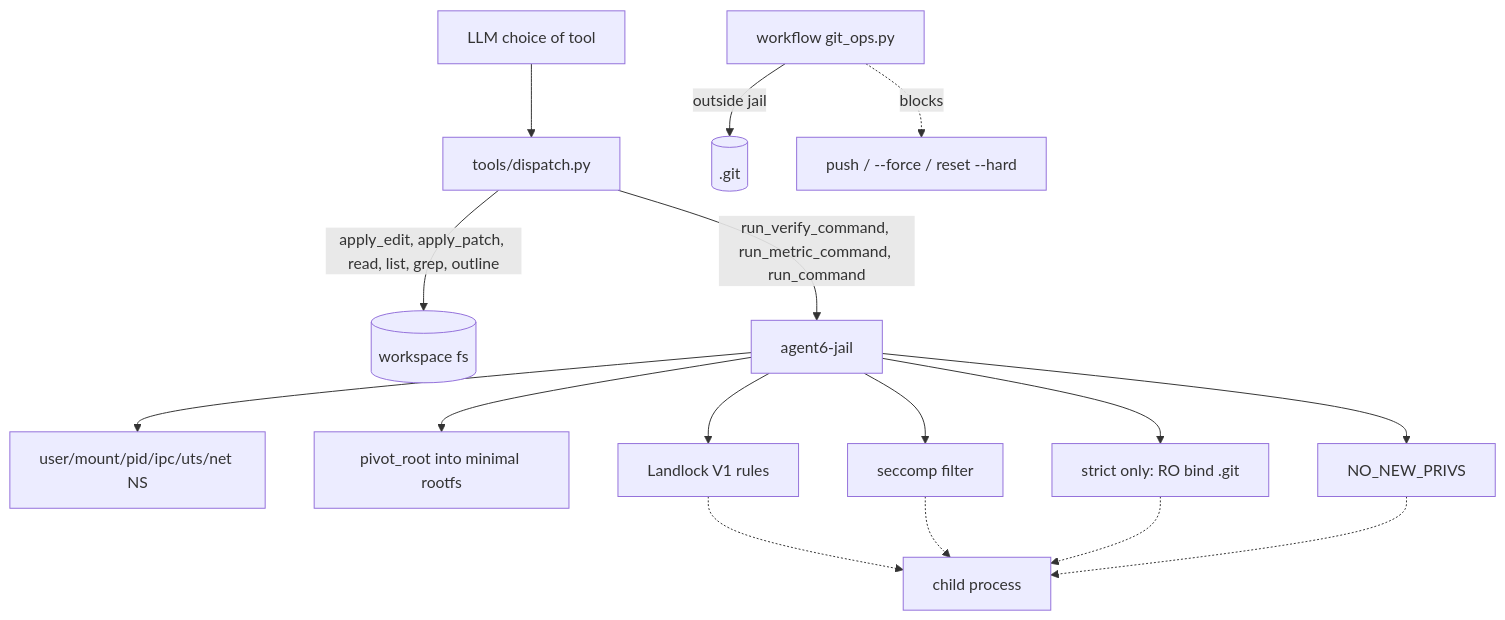
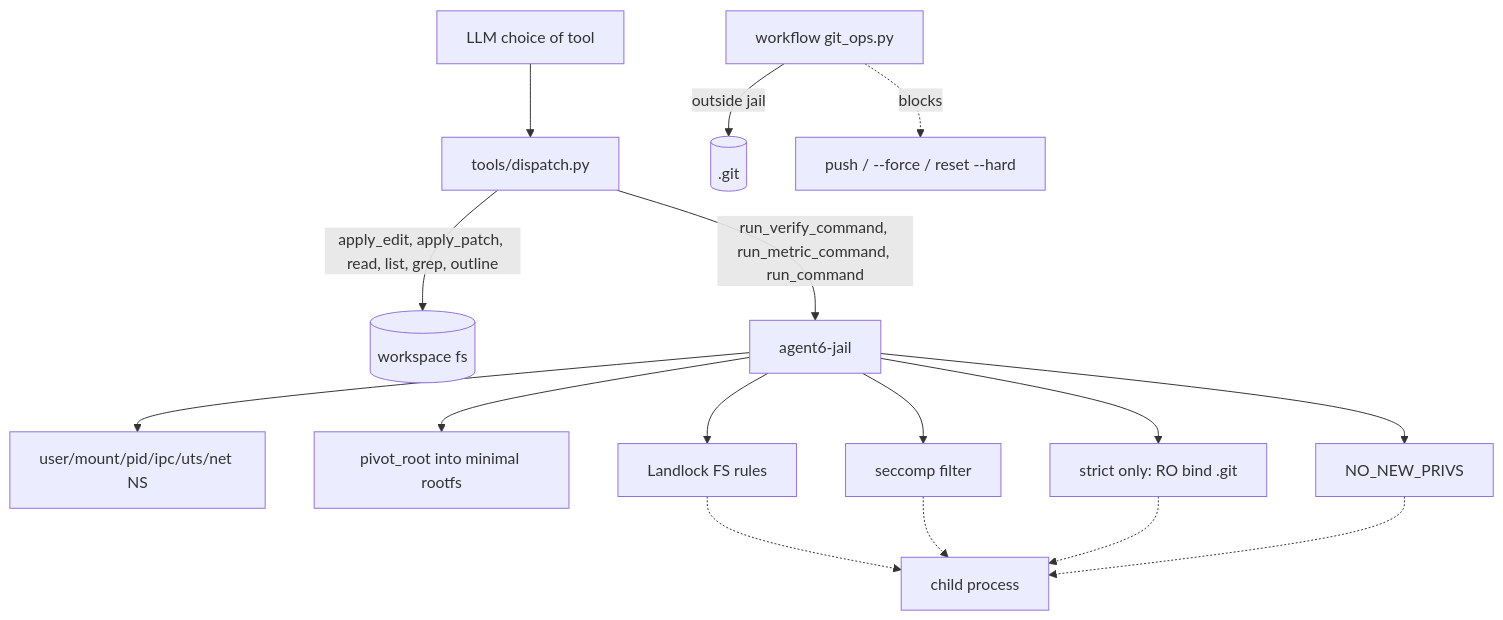
Before and after one commit to agent6-dev/agent6: the third of 4 diagrams in docs/architecture.md, drawn with Mermaid. The commit also changed other lines of this file and 15 other files, not shown here.

````diff
--- a/docs/architecture.md
+++ b/docs/architecture.md
@@ -138,18 +138,18 @@
 ```mermaid
 flowchart TD
     LLM[LLM choice of tool] --> Tools[tools/dispatch.py]
     Tools -->|apply_edit, apply_patch, read, list, grep, outline| FS[(workspace fs)]
     Tools -->|run_verify_command, run_metric_command, run_command| Jail[agent6-jail]
     Jail --> NS[user/mount/pid/ipc/uts/net NS]
     Jail --> Pivot[pivot_root into minimal rootfs]
     Jail --> ROBinds[strict only: RO bind .git]
-    Jail --> Land[Landlock V1 rules]
+    Jail --> Land[Landlock FS rules]
     Jail --> Sec[seccomp filter]
     Jail --> Caps[NO_NEW_PRIVS]
     Land -.-> Child[child process]
     Sec -.-> Child
     ROBinds -.-> Child
     Caps -.-> Child
     Workflow[workflow git_ops.py] -->|outside jail| Git[(.git)]
     Workflow -. blocks .-> Push[push / --force / reset --hard]
 ```
````
